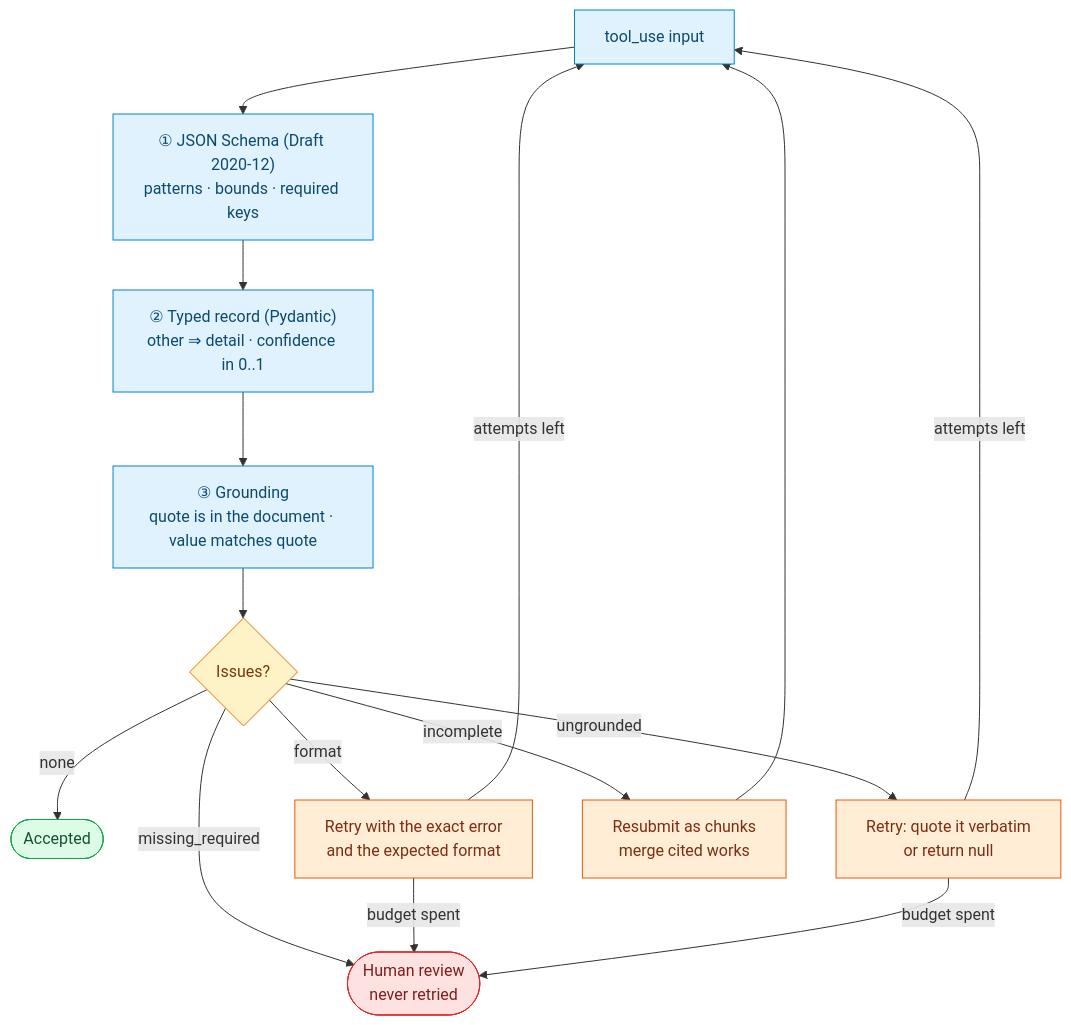
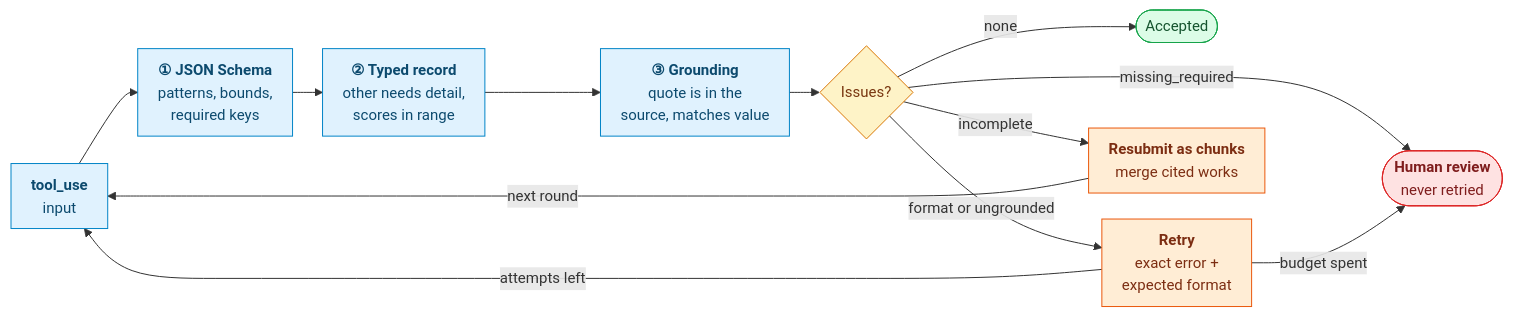
One commit to Jagoul/data-extraction-pipeline changed the fourth of 6 diagrams in README.md. Above: the diagram before and after it, drawn with Mermaid. The commit also changed other lines of this file and 3 other files, not shown here.

Commit message:
Compact retry-loop diagram

````diff
--- a/README.md
+++ b/README.md
@@ -235,21 +235,29 @@
 ```mermaid
-flowchart TD
-    response["tool_use input"]:::core --> schema["① JSON Schema (Draft 2020-12)<br/>patterns · bounds · required keys"]:::core
-    schema --> typed["② Typed record (Pydantic)<br/>other ⇒ detail · confidence in 0..1"]:::core
-    typed --> ground["③ Grounding<br/>quote is in the document · value matches quote"]:::core
-    ground --> kinds{"Issues?"}:::gate
-    kinds -->|"none"| accept(["Accepted"]):::out
-    kinds -->|"format"| fix["Retry with the exact error<br/>and the expected format"]:::retry
-    kinds -->|"ungrounded"| fix2["Retry: quote it verbatim<br/>or return null"]:::retry
-    kinds -->|"missing_required"| human(["Human review<br/>never retried"]):::human
-    kinds -->|"incomplete"| chunked["Resubmit as chunks<br/>merge cited works"]:::retry
-    chunked --> response
-    fix & fix2 -->|"attempts left"| response
-    fix & fix2 -->|"budget spent"| human
+%%{init: {"themeVariables": {"fontSize": "15px"}, "flowchart": {"nodeSpacing": 26, "rankSpacing": 30, "padding": 10}}}%%
+%% width: 760
+flowchart LR
+    resp["<b>tool_use</b><br/>input"]:::core
+    l1["<b>① JSON Schema</b><br/>patterns, bounds,<br/>required keys"]:::core
+    l2["<b>② Typed record</b><br/>other needs detail,<br/>scores in range"]:::core
+    l3["<b>③ Grounding</b><br/>quote is in the<br/>source, matches value"]:::core
+    issues{"Issues?"}:::gate
+    ok(["Accepted"]):::out
+    retry["<b>Retry</b><br/>exact error +<br/>expected format"]:::retry
+    chunk["<b>Resubmit as chunks</b><br/>merge cited works"]:::retry
+    human(["<b>Human review</b><br/>never retried"]):::human
+
+    resp --> l1 --> l2 --> l3 --> issues
+    issues -->|"none"| ok
+    issues -->|"format or ungrounded"| retry
+    issues -->|"incomplete"| chunk
+    issues -->|"missing_required"| human
+    retry -->|"attempts left"| resp
+    retry -->|"budget spent"| human
+    chunk -->|"next round"| resp
 
     classDef core fill:#e0f2fe,stroke:#0284c7,color:#0c4a6e
     classDef gate fill:#fef3c7,stroke:#d97706,color:#78350f
     classDef retry fill:#ffedd5,stroke:#ea580c,color:#7c2d12
     classDef out fill:#dcfce7,stroke:#16a34a,color:#14532d
     classDef human fill:#fee2e2,stroke:#dc2626,color:#7f1d1d
 ```
````
